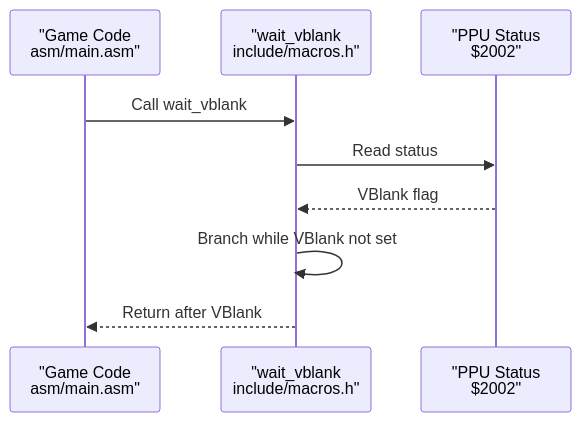
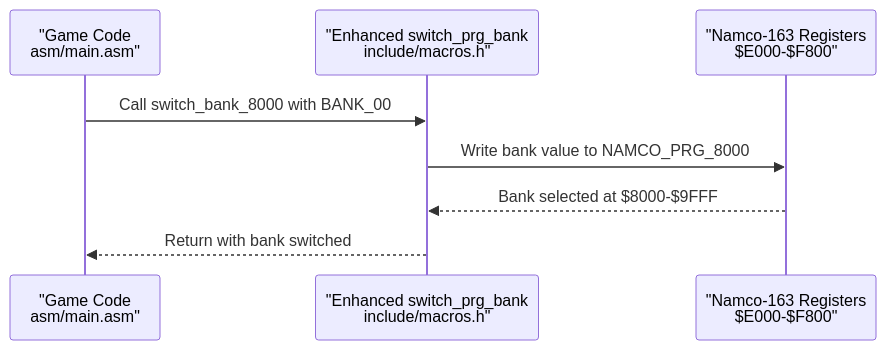
One commit to rabbyzero/sango2dasm changed the third of 5 diagrams in .qoder/repowiki/en/content/Hardware Abstraction Layer/Hardware Abstraction Layer.md. Above: the diagram before and after it, drawn with Mermaid. The commit also changed other lines of this file and 23 other files, not shown here.

````diff
--- a/.qoder/repowiki/en/content/Hardware Abstraction Layer/Hardware Abstraction Layer.md
+++ b/.qoder/repowiki/en/content/Hardware Abstraction Layer/Hardware Abstraction Layer.md
@@ -279,11 +306,10 @@
 ```mermaid
 sequenceDiagram
 participant Game as "Game Code<br/>asm/main.asm"
-participant Macro as "wait_vblank<br/>include/macros.h"
-participant PPU as "PPU Status<br/>$2002"
-Game->>Macro : Call wait_vblank
-Macro->>PPU : Read status
-PPU-->>Macro : VBlank flag
-Macro->>Macro : Branch while VBlank not set
-Macro-->>Game : Return after VBlank
+participant Macro as "Enhanced switch_prg_bank<br/>include/macros.h"
+participant Mapper as "Namco-163 Registers<br/>$E000-$F800"
+Game->>Macro : Call switch_bank_8000 with BANK_00
+Macro->>Mapper : Write bank value to NAMCO_PRG_8000
+Mapper-->>Macro : Bank selected at $8000-$9FFF
+Macro-->>Game : Return with bank switched
 ```
````
